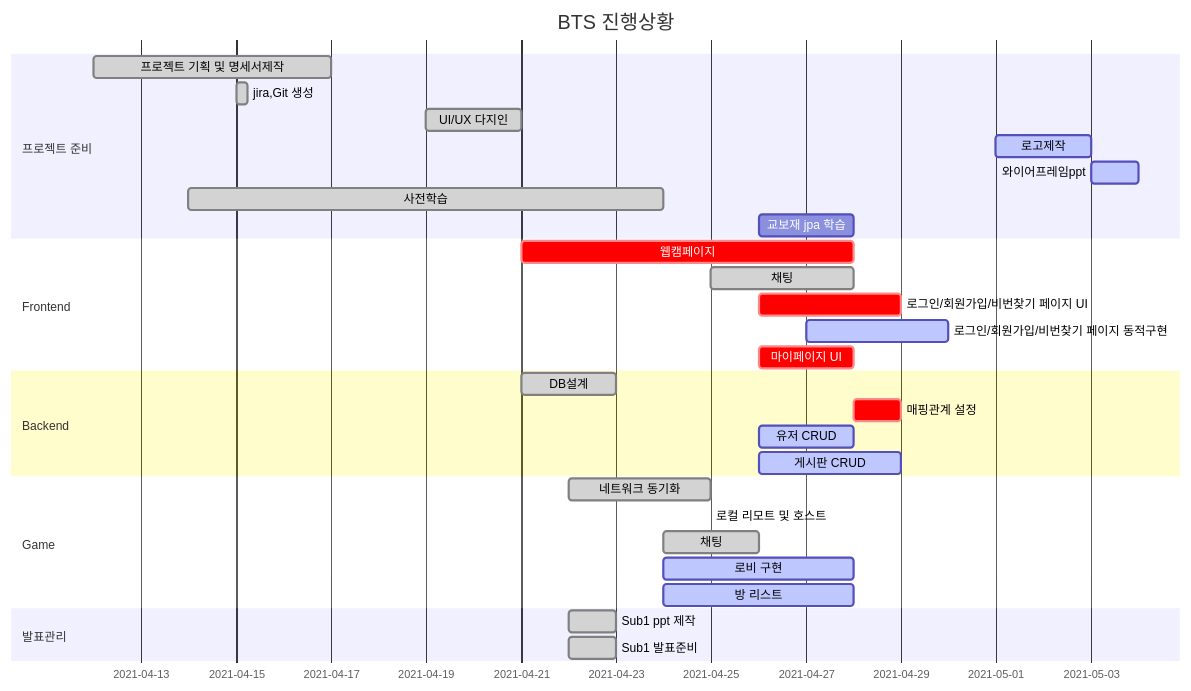
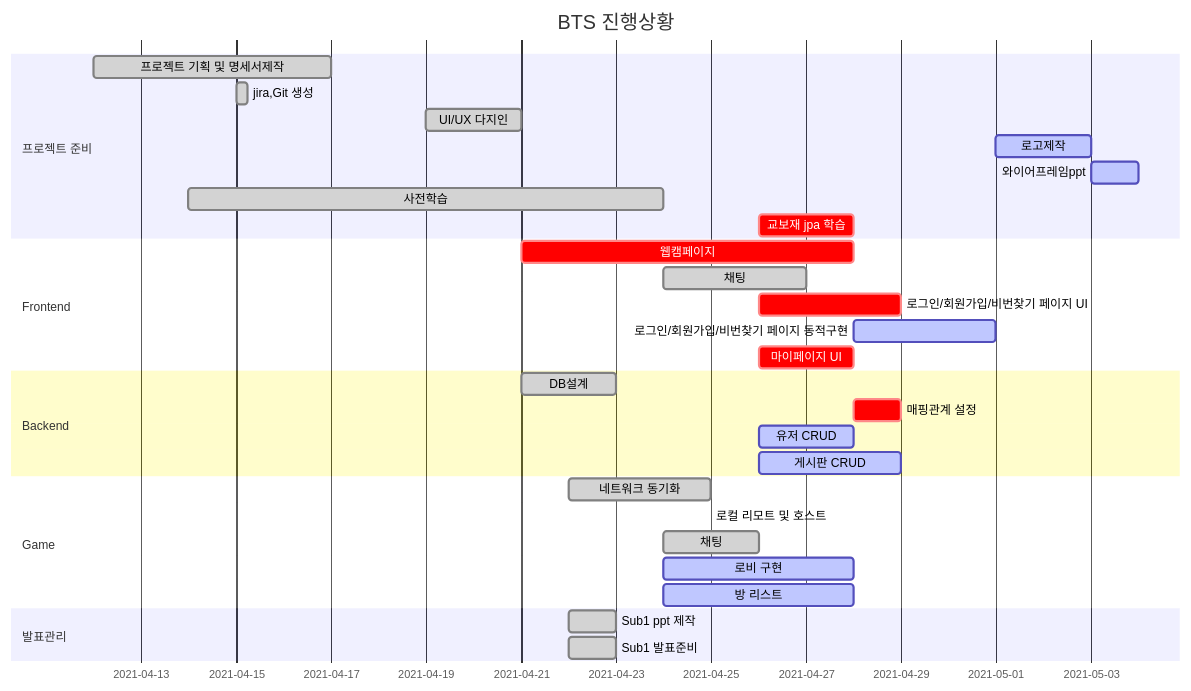
The diagram in README.md (Luminousjiny/PJT_BTS), drawn with Mermaid before and after one commit.

Commit message:
S04P31B107-87 리드미 수정

````diff
--- a/README.md
+++ b/README.md
@@ -50,37 +50,37 @@
 ```mermaid
 gantt
     title BTS 진행상황
     dateFormat  YYYY-MM-DD
     section 프로젝트 준비
     프로젝트 기획 및 명세서제작 : done, 2021-04-12, 5d
     jira,Git 생성  :done, 2021-04-15, 6h
     UI/UX 다지인  : done,   2021-04-19, 2d
     로고제작 : active, 2021-05-01, 2d
     와이어프레임ppt : active, 2021-05-03, 1d
     사전학습  : done, 2021-04-14, 10d
-    교보재 jpa 학습 : 2021-04-26, 2d
+    교보재 jpa 학습 : crit, 2021-04-26, 2d
 
     section Frontend
     웹캠페이지 : crit, 2021-04-21, 7d
-    채팅 : done, 2021-04-25, 3d
+    채팅 : done, 2021-04-24, 3d
     로그인/회원가입/비번찾기 페이지 UI : crit, 2021-04-26, 3d
-    로그인/회원가입/비번찾기 페이지 동적구현 : active, 2021-04-27, 3d
+    로그인/회원가입/비번찾기 페이지 동적구현 : active, 2021-04-28, 3d
     마이페이지 UI : crit, 2021-04-26, 2d
     
     section Backend
     DB설계 : done, 2021-04-21, 2d
     매핑관계 설정 : crit, 2021-04-28, 1d
     유저 CRUD : active, 2021-04-26, 2d
     게시판 CRUD : active, 2021-04-26, 3d
     
     section Game
 	네트워크 동기화 : done, 2021-04-22, 3d
 	로컬 리모트 및 호스트 : done, 2021-04-23 1d
 	채팅 : done, 2021-04-24, 2d
 	로비 구현 : active, 2021-04-24, 4d
     방 리스트 : active, 2021-04-24, 4d
     
     section 발표관리
     Sub1 ppt 제작 : done, 2021-04-22, 1d
     Sub1 발표준비 : done, 2021-04-22, 1d
 ```
````
